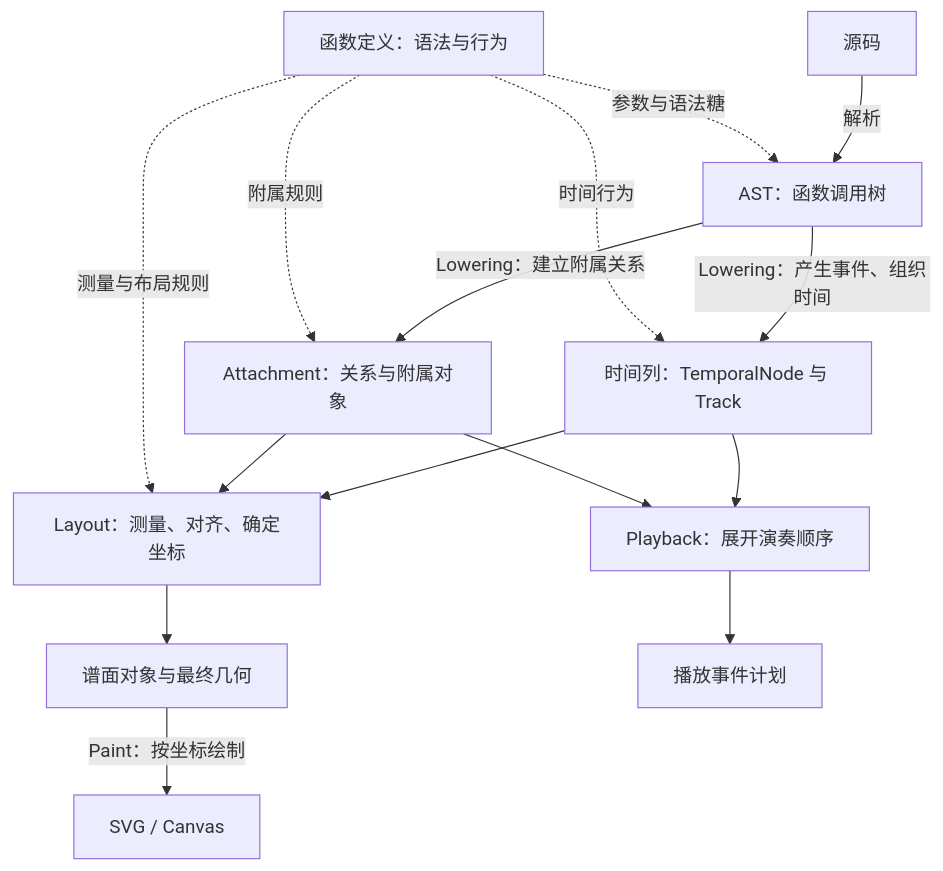
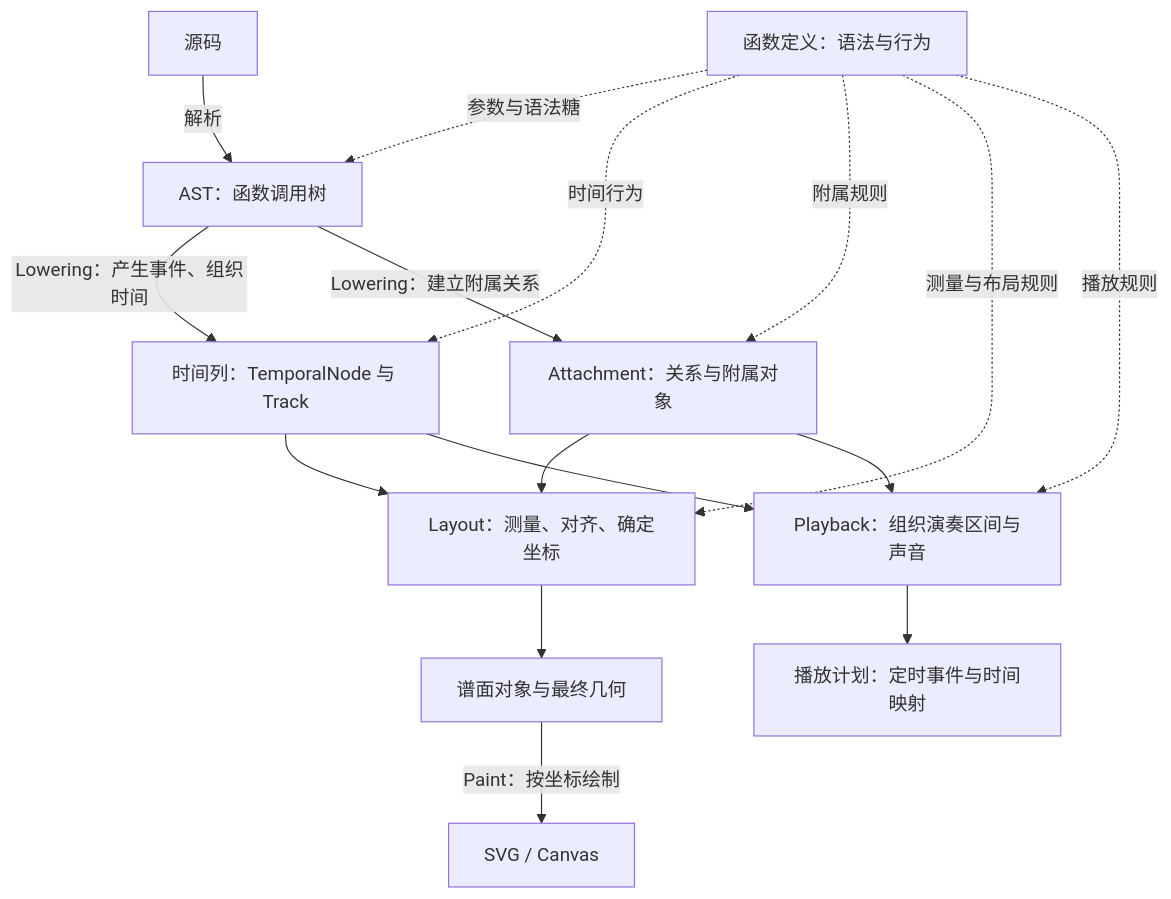
Before and after one commit to madderscientist/jpFun: the diagram in apps/docs/src/content/docs/docs/developer/architecture.md, drawn with Mermaid. The commit also changed other lines of this file and 16 other files, not shown here.

````diff
--- a/apps/docs/src/content/docs/docs/developer/architecture.md
+++ b/apps/docs/src/content/docs/docs/developer/architecture.md
@@ -14,18 +14,19 @@
 ```mermaid
 flowchart TB
   Functions["函数定义：语法与行为"]
   Source["源码"] -->|解析| AST["AST：函数调用树"]
   AST -->|Lowering：产生事件、组织时间| Columns["时间列：TemporalNode 与 Track"]
   AST -->|Lowering：建立附属关系| Attachments["Attachment：关系与附属对象"]
   Columns --> Layout["Layout：测量、对齐、确定坐标"]
   Attachments --> Layout
   Layout --> Geometry["谱面对象与最终几何"]
   Geometry -->|Paint：按坐标绘制| Output["SVG / Canvas"]
-  Columns --> Playback["Playback：展开演奏顺序"]
+  Columns --> Playback["Playback：组织演奏区间与声音"]
   Attachments --> Playback
-  Playback --> Plan["播放事件计划"]
+  Playback --> Plan["播放计划：定时事件与时间映射"]
   Functions -.->|参数与语法糖| AST
   Functions -.->|时间行为| Columns
   Functions -.->|附属规则| Attachments
   Functions -.->|测量与布局规则| Layout
+  Functions -.->|播放规则| Playback
 ```
````
